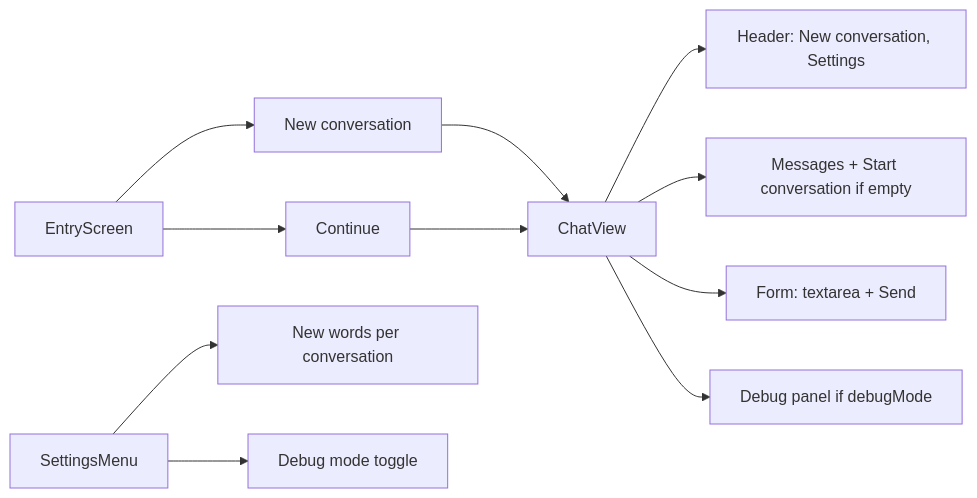
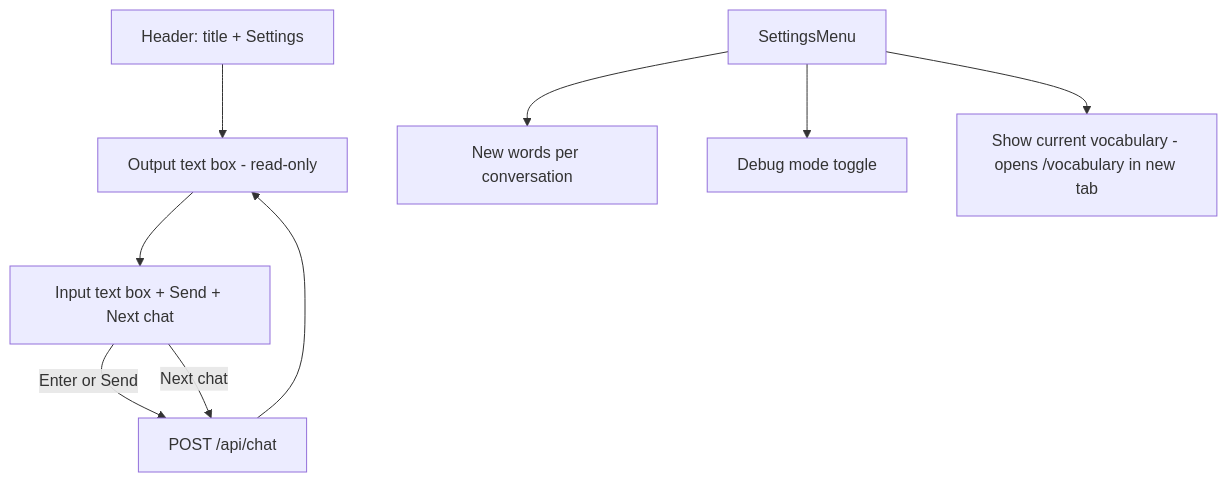
The diagram in documentation/ui-flow.md (danghica/LearnChinese), drawn with Mermaid before and after one commit. The commit also changed other lines of this file and 2 other files, not shown here.

Commit message:
Enhance documentation to clarify UI flow and vocabulary features, including updated API routes and detailed component descriptions.

````diff
--- a/documentation/ui-flow.md
+++ b/documentation/ui-flow.md
@@ -3,13 +5,14 @@
 ```mermaid
-flowchart LR
-  Entry[EntryScreen] --> New[New conversation]
-  Entry --> Continue[Continue]
-  New --> Chat[ChatView]
-  Continue --> Chat
-  Chat --> Header[Header: New conversation, Settings]
-  Chat --> Messages[Messages + Start conversation if empty]
-  Chat --> Input[Form: textarea + Send]
-  Chat --> DebugPanel[Debug panel if debugMode]
+flowchart TB
+  Header[Header: title + Settings]
+  Output[Output text box - read-only]
+  Input[Input text box + Send + Next chat]
+  Header --> Output
+  Output --> Input
+  Input -->|Enter or Send| API[POST /api/chat]
+  API --> Output
+  Input -->|Next chat| API
   SettingsMenu --> NewWords[New words per conversation]
   SettingsMenu --> DebugMode[Debug mode toggle]
+  SettingsMenu --> VocabLink[Show current vocabulary - opens /vocabulary in new tab]
 ```
````
